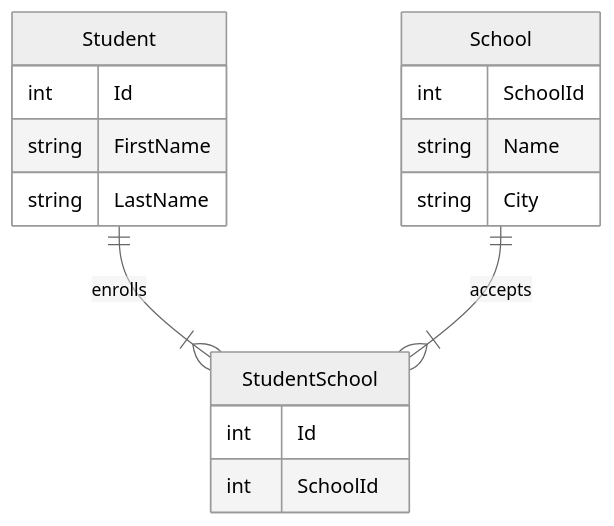
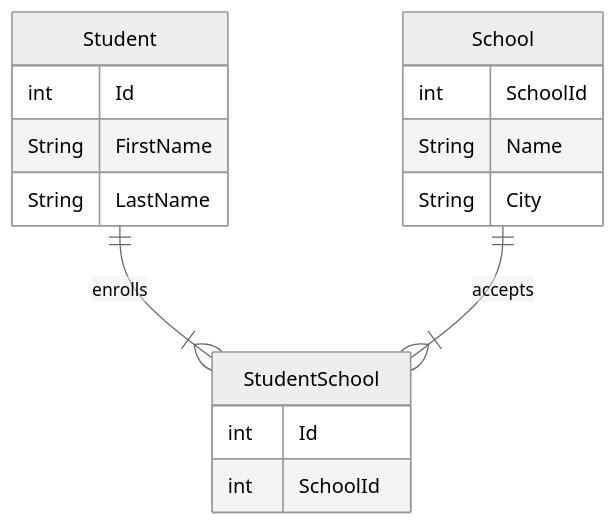
One commit to HeyUitsMe/db2022-mermaid changed the diagram in README.md. Above: the diagram before and after it, drawn with Mermaid (neutral theme).

Commit message:
changed back the relationshipcode and changes S in String

````diff
--- a/README.md
+++ b/README.md
@@ -5,25 +5,25 @@
 ```mermaid
 erDiagram
         
-Student ||--}| StudentSchool : enrolls
-School ||--}| StudentSchool : accepts
+Student ||--|{ StudentSchool : enrolls
+School ||--|{ StudentSchool : accepts
 
 
     StudentSchool {
         int Id
         int SchoolId
     }
     
     Student {
         int Id
-        string FirstName
-        string LastName
+        String FirstName
+        String LastName
     }
     
     School {
         int SchoolId
-        string Name
-        string City
+        String Name
+        String City
     }
     
 ```
````
